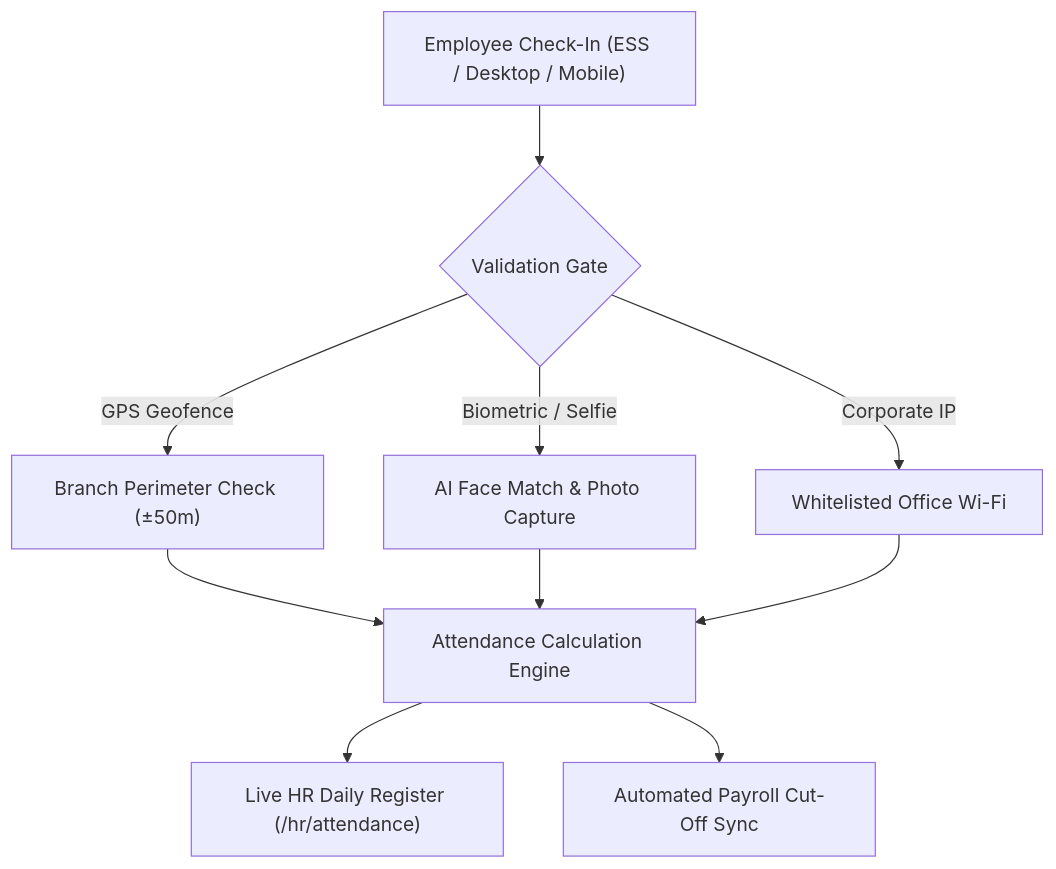
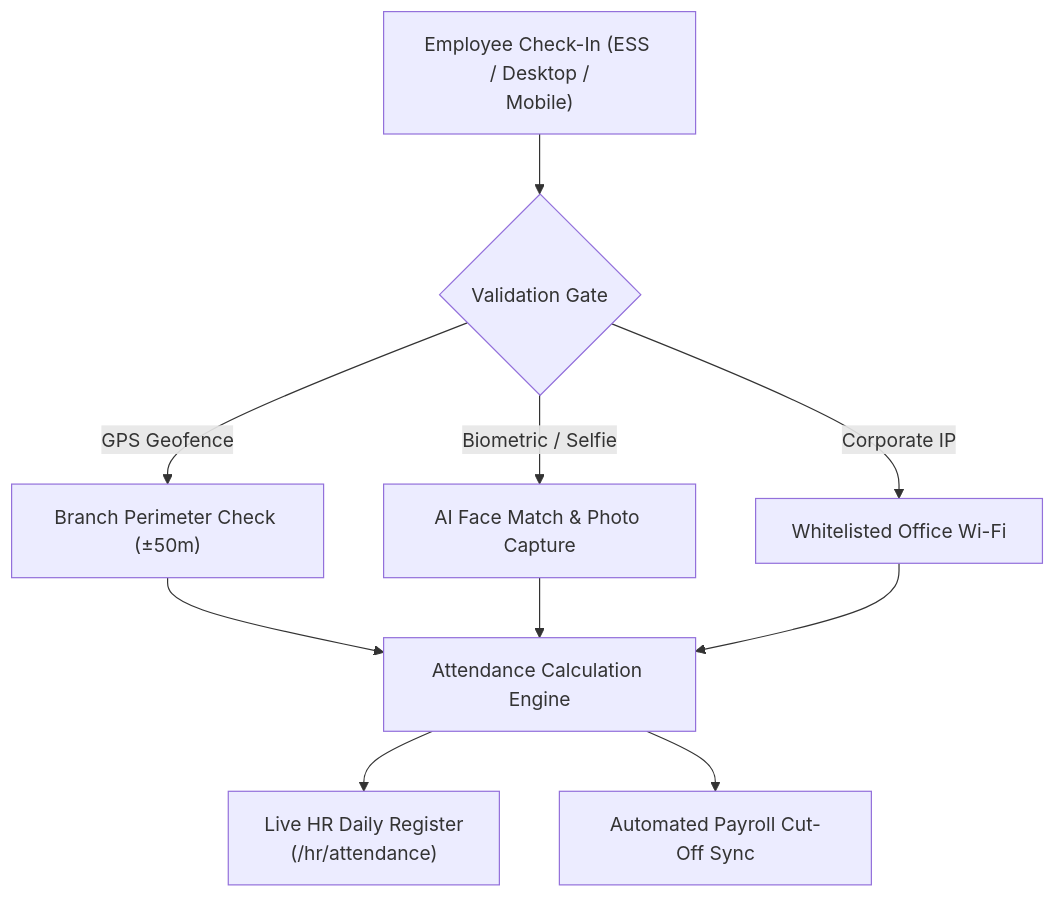
One commit to SRJ-GROUP/hubnest_user_guide changed the first of 2 diagrams in docs/hrms-hr/attendance.md. Above: the diagram before and after it, drawn with Mermaid. The commit also changed 161 other files, not shown here.

Commit message:
feat: complete HubMeet suite, supervisor portal docs, diagram fixes, and interactive eye-button zoom modal

````diff
--- a/docs/hrms-hr/attendance.md
+++ b/docs/hrms-hr/attendance.md
@@ -20,12 +20,12 @@
 ```mermaid
 graph TD
-    Staff["Employee Check-In (ESS / Desktop / Mobile)"] --> Check{"Validation Gate"}
+    Staff["Employee Check-In (ESS / Desktop /<br/>Mobile)"] --> Check{"Validation Gate"}
     Check -->|GPS Geofence| Geo["Branch Perimeter Check (±50m)"]
     Check -->|Biometric / Selfie| Bio["AI Face Match & Photo Capture"]
     Check -->|Corporate IP| IP["Whitelisted Office Wi-Fi"]
     Geo --> Engine["Attendance Calculation Engine"]
     Bio --> Engine
     IP --> Engine
-    Engine --> Logs["Live HR Daily Register (/hr/attendance)"]
+    Engine --> Logs["Live HR Daily Register<br/>(/hr/attendance)"]
     Engine --> Pay["Automated Payroll Cut-Off Sync"]
 ```
````
